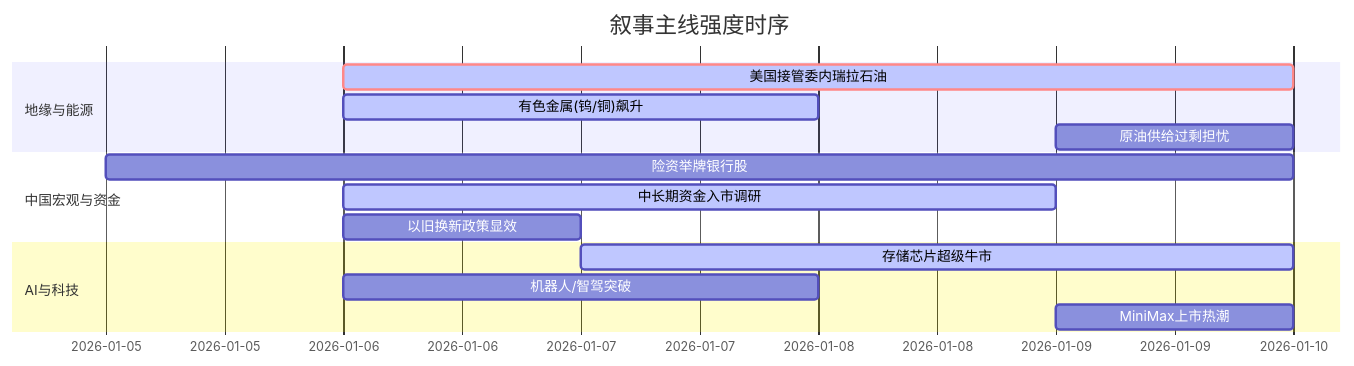
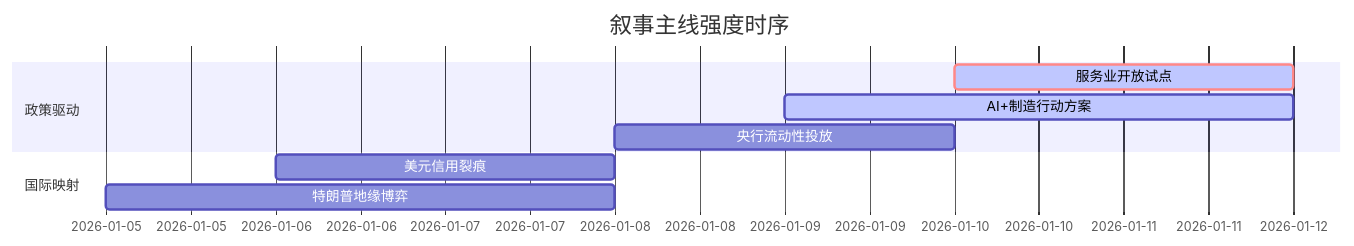
Before and after one commit to uu5zn/uu5zn.github.io: the diagram in 5day_report.md, drawn with Mermaid. The commit also changed other lines of this file and 1 other file, not shown here.

````diff
--- a/5day_report.md
+++ b/5day_report.md
@@ -53,19 +53,13 @@
 ```mermaid
 gantt
     title 叙事主线强度时序
     dateFormat  YYYY-MM-DD
-    section 地缘与能源
-    美国接管委内瑞拉石油   :crit, active, 2026-01-06, 4d
-    有色金属(钨/铜)飙升     :active, 2026-01-06, 2d
-    原油供给过剩担忧       :2026-01-09, 1d
+    section 政策驱动
+    服务业开放试点   :crit, active, 2026-01-10, 2d
+    AI+制造行动方案   :active, 2026-01-09, 3d
+    央行流动性投放    :2026-01-08, 2d
     
-    section 中国宏观与资金
-    险资举牌银行股         :2026-01-05, 5d
-    中长期资金入市调研     :active, 2026-01-06, 3d
-    以旧换新政策显效       :2026-01-06, 1d
-    
-    section AI与科技
-    存储芯片超级牛市       :active, 2026-01-07, 3d
-    机器人/智驾突破        :2026-01-06, 2d
-    MiniMax上市热潮        :2026-01-09, 1d
+    section 国际映射
+    美元信用裂痕     :2026-01-06, 2d
+    特朗普地缘博弈   :2026-01-05, 3d
 ```
````
